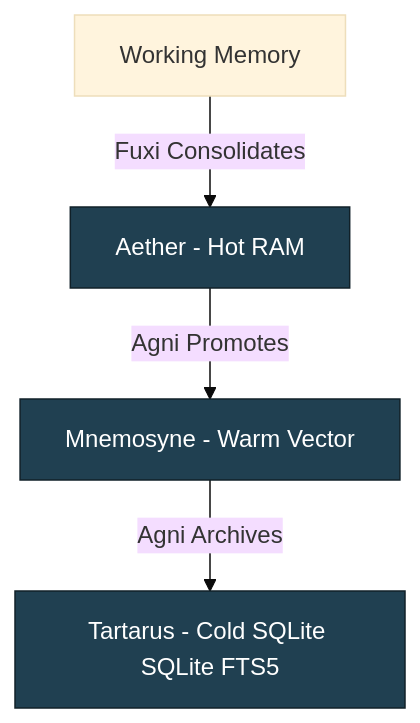
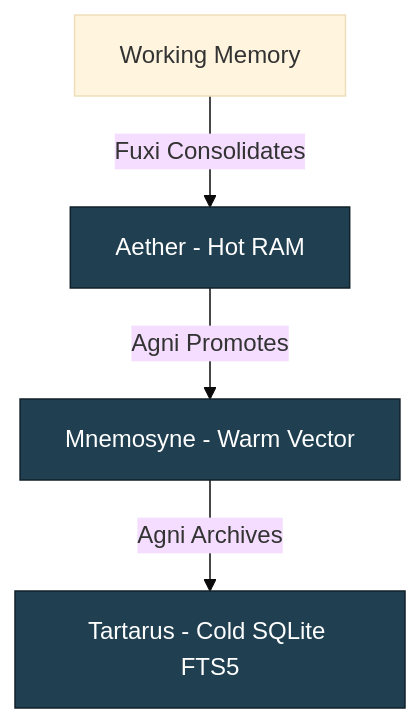
Before and after one commit to arjunbagga-xyz/velvet_nadir: the third of 4 diagrams in docs/ARCHITECTURE.md, drawn with Mermaid (base theme). The commit also changed other lines of this file and 330 other files, not shown here.

````diff
--- a/docs/ARCHITECTURE.md
+++ b/docs/ARCHITECTURE.md
@@ -107,8 +113,8 @@
 ```mermaid
 graph TD
     classDef mem fill:#204051,stroke:#102028,color:#fff;
     
     W[Working Memory] -->|Fuxi Consolidates| A[Aether - Hot RAM]:::mem
     A -->|Agni Promotes| M[Mnemosyne - Warm Vector]:::mem
-    M -->|Agni Archives| T[Tartarus - Cold SQLite SQLite FTS5]:::mem
+    M -->|Agni Archives| T[Tartarus - Cold SQLite FTS5]:::mem
 ```
````
